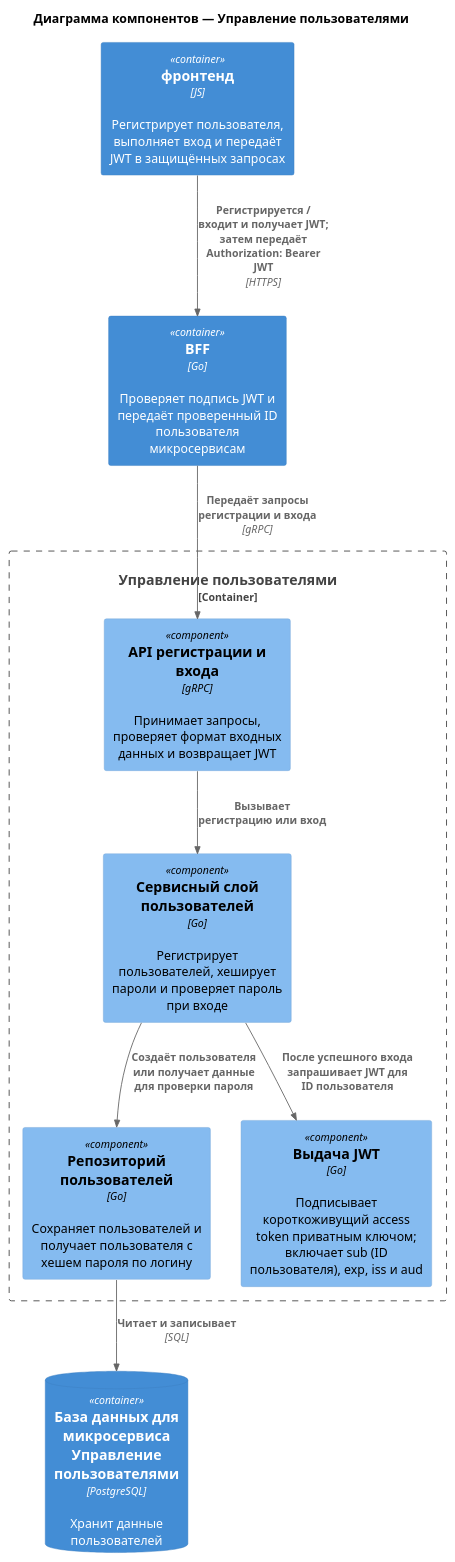
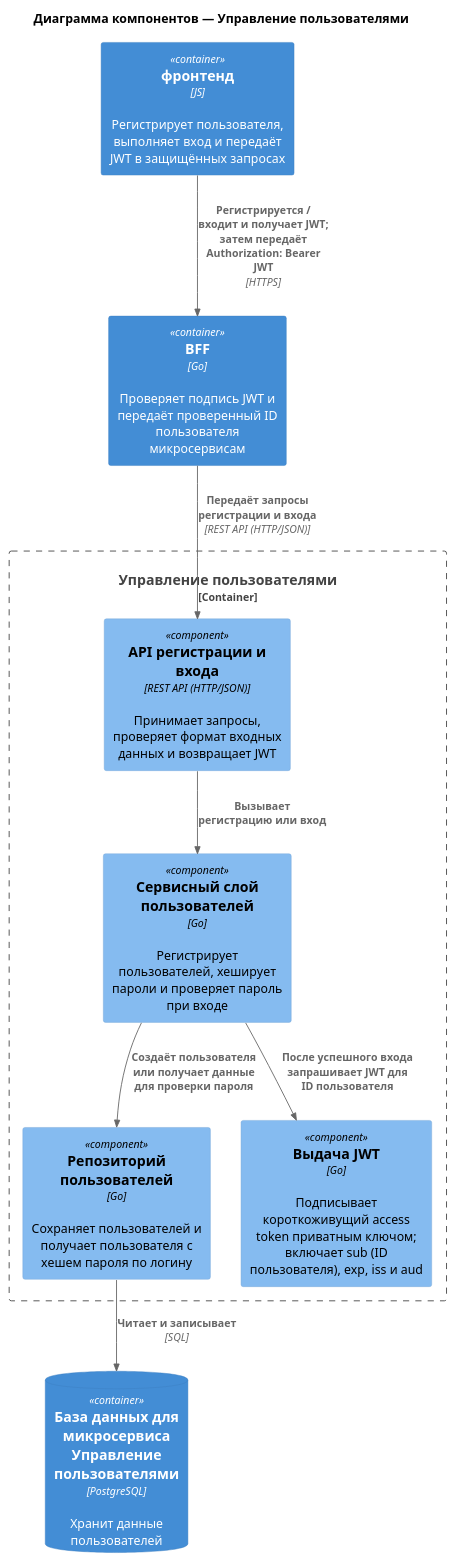
Before and after one commit to NikolosHGW/architecture-pro-warmhouse: the diagram in schemas/2/component/components-users.puml, drawn with PlantUML. The commit also changed 4 other files, not shown here.

```diff
--- a/schemas/2/component/components-users.puml
+++ b/schemas/2/component/components-users.puml
@@ -1,27 +1,27 @@
 @startuml
 !include <C4/C4_Component>
 
 title Диаграмма компонентов — Управление пользователями
 
 Container(web_client, "фронтенд", "JS", "Регистрирует пользователя, выполняет вход и передаёт JWT в защищённых запросах")
 Container(bff, "BFF", "Go", "Проверяет подпись JWT и передаёт проверенный ID пользователя микросервисам")
 ContainerDb(db, "База данных для микросервиса Управление пользователями", "PostgreSQL", "Хранит данные пользователей")
 
 Container_Boundary(auth, "Управление пользователями") {
-    Component(auth_handler, "API регистрации и входа", "gRPC", "Принимает запросы, проверяет формат входных данных и возвращает JWT")
+    Component(auth_handler, "API регистрации и входа", "REST API (HTTP/JSON)", "Принимает запросы, проверяет формат входных данных и возвращает JWT")
 
     Component(auth_service, "Сервисный слой пользователей", "Go", "Регистрирует пользователей, хеширует пароли и проверяет пароль при входе")
 
     Component(user_repo, "Репозиторий пользователей", "Go", "Сохраняет пользователей и получает пользователя с хешем пароля по логину")
 
     Component(jwt, "Выдача JWT", "Go", "Подписывает короткоживущий access token приватным ключом; включает sub (ID пользователя), exp, iss и aud")
 }
 
 Rel(web_client, bff, "Регистрируется / входит и получает JWT; затем передаёт Authorization: Bearer JWT", "HTTPS")
-Rel(bff, auth_handler, "Передаёт запросы регистрации и входа", "gRPC")
+Rel(bff, auth_handler, "Передаёт запросы регистрации и входа", "REST API (HTTP/JSON)")
 Rel(auth_handler, auth_service, "Вызывает регистрацию или вход")
 Rel(auth_service, user_repo, "Создаёт пользователя или получает данные для проверки пароля")
 Rel(user_repo, db, "Читает и записывает", "SQL")
 Rel(auth_service, jwt, "После успешного входа запрашивает JWT для ID пользователя")
 
 @enduml
```
